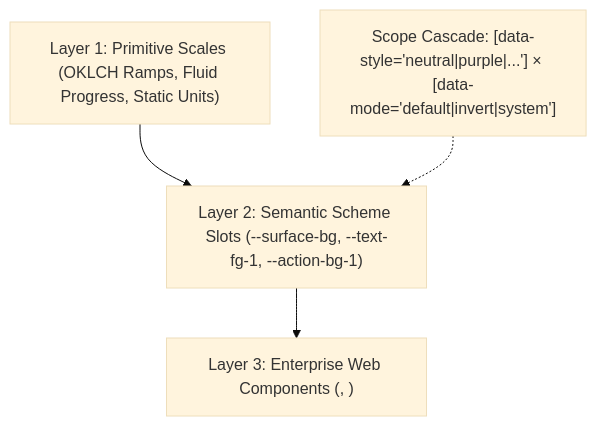
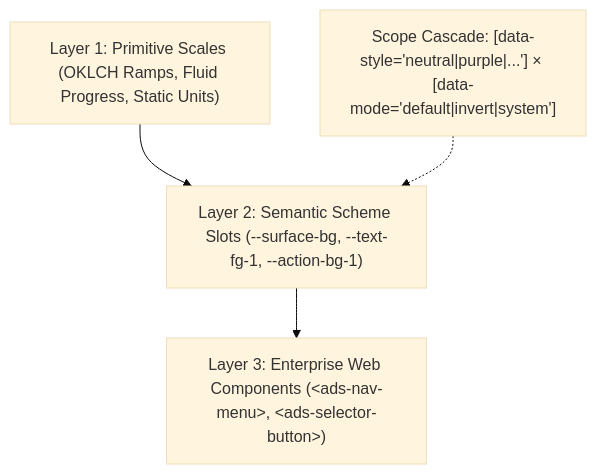
Before and after one commit to andiihei/ahha: the diagram in docs/design-decisions-and-principles.md, drawn with Mermaid (base theme). The commit also changed other lines of this file, not shown here.

Commit message:
fix(docs): enable Mermaid diagram rendering in Markdown preview

````diff
--- a/docs/design-decisions-and-principles.md
+++ b/docs/design-decisions-and-principles.md
@@ -11,6 +11,6 @@
 ```mermaid
 graph TD
   A["Layer 1: Primitive Scales (OKLCH Ramps, Fluid Progress, Static Units)"] --> B["Layer 2: Semantic Scheme Slots (--surface-bg, --text-fg-1, --action-bg-1)"]
-  B --> C["Layer 3: Enterprise Web Components (<ads-nav-menu>, <ads-selector-button>)"]
+  B --> C["Layer 3: Enterprise Web Components (&lt;ads-nav-menu&gt;, &lt;ads-selector-button&gt;)"]
   D["Scope Cascade: [data-style='neutral|purple|...'] × [data-mode='default|invert|system']"] -.-> B
 ```
````
